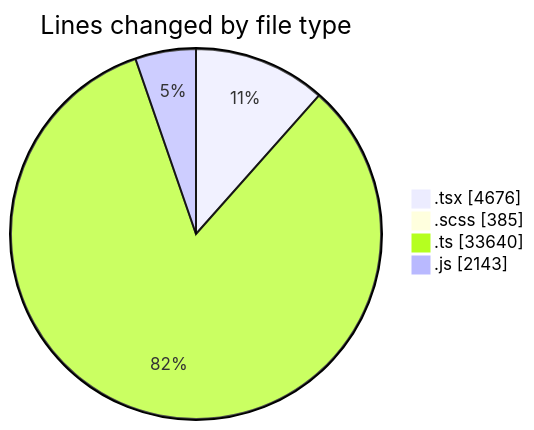
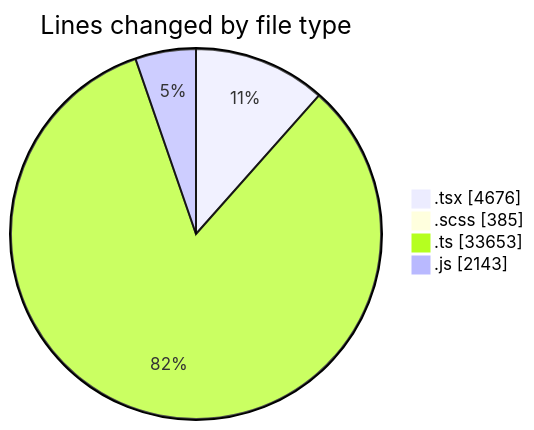
One commit to momahboobian/code-tracking changed the first of 2 diagrams in 2025-06-17/cda/README.md. Above: the diagram before and after it, drawn with Mermaid. The commit also changed other lines of this file and 1 other file, not shown here.

````diff
--- a/2025-06-17/cda/README.md
+++ b/2025-06-17/cda/README.md
@@ -50,8 +50,8 @@
 ```mermaid
 pie showData
 title Lines changed by file type
 ".tsx" : 4676
 ".scss" : 385
-".ts" : 33640
+".ts" : 33653
 ".js" : 2143
 ```
````
